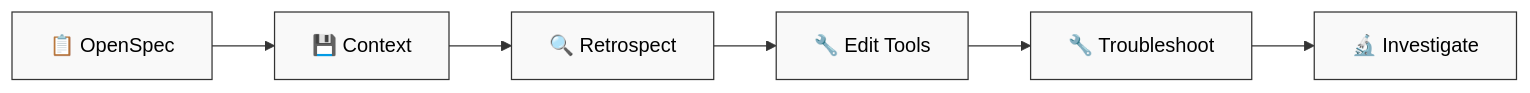
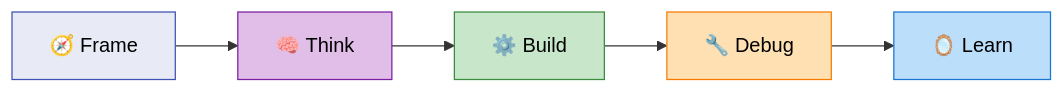
The diagram in dstoic/README.md (digital-stoic-org/agent-skills), drawn with Mermaid before and after one commit. The commit also changed other lines of this file and 4 other files, not shown here.

````diff
--- a/dstoic/README.md
+++ b/dstoic/README.md
@@ -7,10 +7,19 @@
 ```mermaid
 flowchart LR
-    A["📋 OpenSpec"] --> B["💾 Context"]
-    B --> C["🔍 Retrospect"]
-    C --> D["🔧 Edit Tools"]
-    D --> E["🔧 Troubleshoot"]
-    E --> F["🔬 Investigate"]
+    F["🧭 Frame"] --> T["🧠 Think"]
+    T --> B["⚙️ Build"]
+    B --> D["🔧 Debug"]
+    D --> L["🪞 Learn"]
 
-    classDef default fill:#f9f9f9,stroke:#333,color:#000
+    classDef frame fill:#E8EAF6,stroke:#3F51B5,color:#000
+    classDef think fill:#E1BEE7,stroke:#7B1FA2,color:#000
+    classDef build fill:#C8E6C9,stroke:#388E3C,color:#000
+    classDef debug fill:#FFE0B2,stroke:#F57C00,color:#000
+    classDef learn fill:#BBDEFB,stroke:#1976D2,color:#000
+
+    class F frame
+    class T think
+    class B build
+    class D debug
+    class L learn
 ```
````
